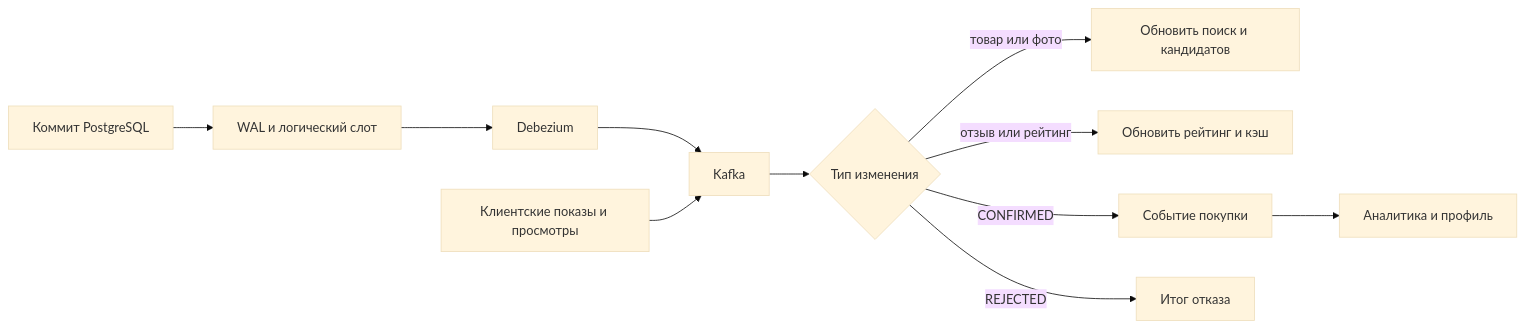
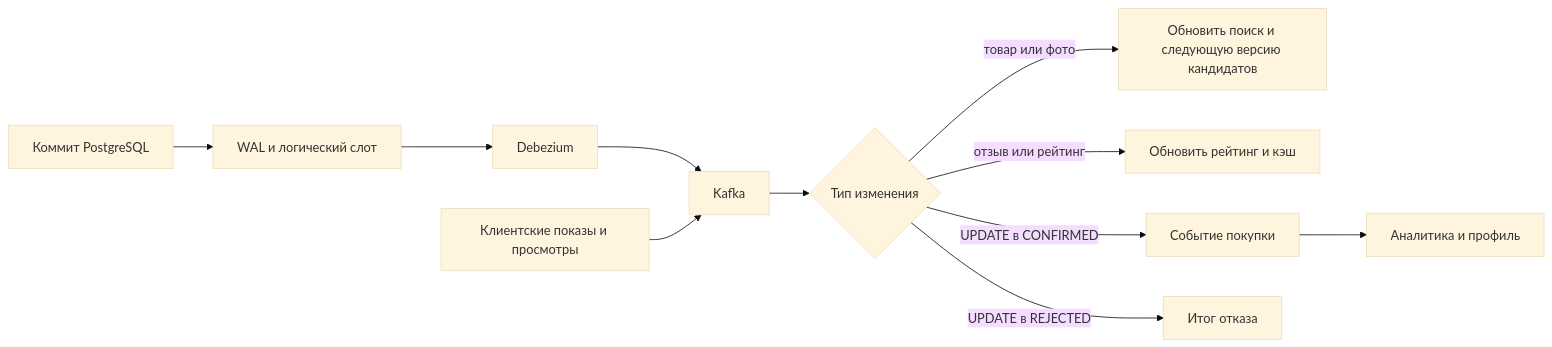
Before and after one commit to amklimenkov752/tp_highload_2026: the ninth of 9 diagrams in README.md, drawn with Mermaid (base theme). The commit also changed other lines of this file, not shown here.

````diff
--- a/README.md
+++ b/README.md
@@ -1261,13 +1272,13 @@
 ```mermaid
 flowchart LR
     A[Коммит PostgreSQL] --> B[WAL и логический слот]
     B --> C[Debezium]
     C --> D[Kafka]
     D --> E{Тип изменения}
-    E -- товар или фото --> F[Обновить поиск и кандидатов]
+    E -- товар или фото --> F[Обновить поиск и следующую версию кандидатов]
     E -- отзыв или рейтинг --> G[Обновить рейтинг и кэш]
-    E -- CONFIRMED --> H[Событие покупки]
-    E -- REJECTED --> I[Итог отказа]
+    E -- UPDATE в CONFIRMED --> H[Событие покупки]
+    E -- UPDATE в REJECTED --> I[Итог отказа]
     H --> J[Аналитика и профиль]
     K[Клиентские показы и просмотры] --> D
 ```
````
